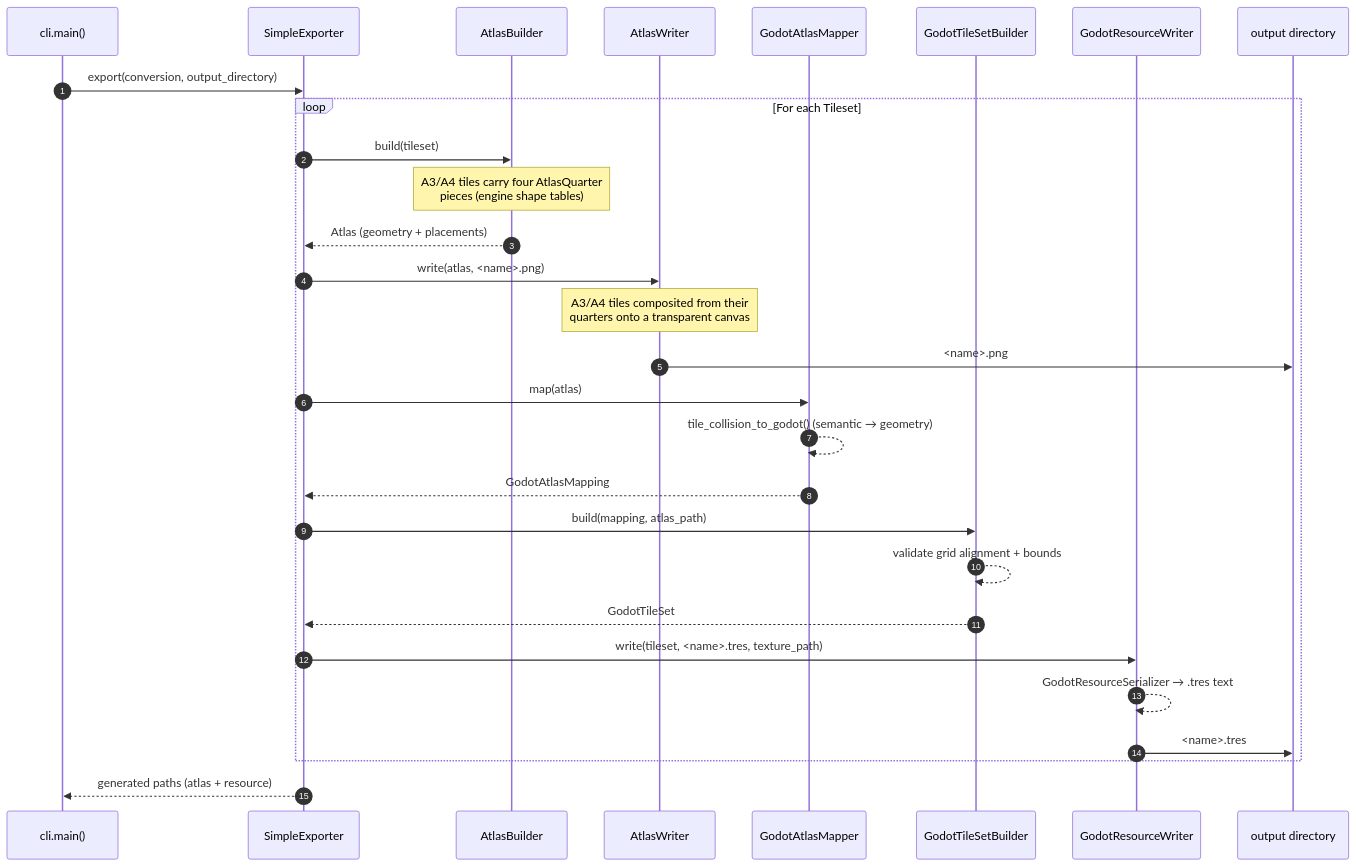
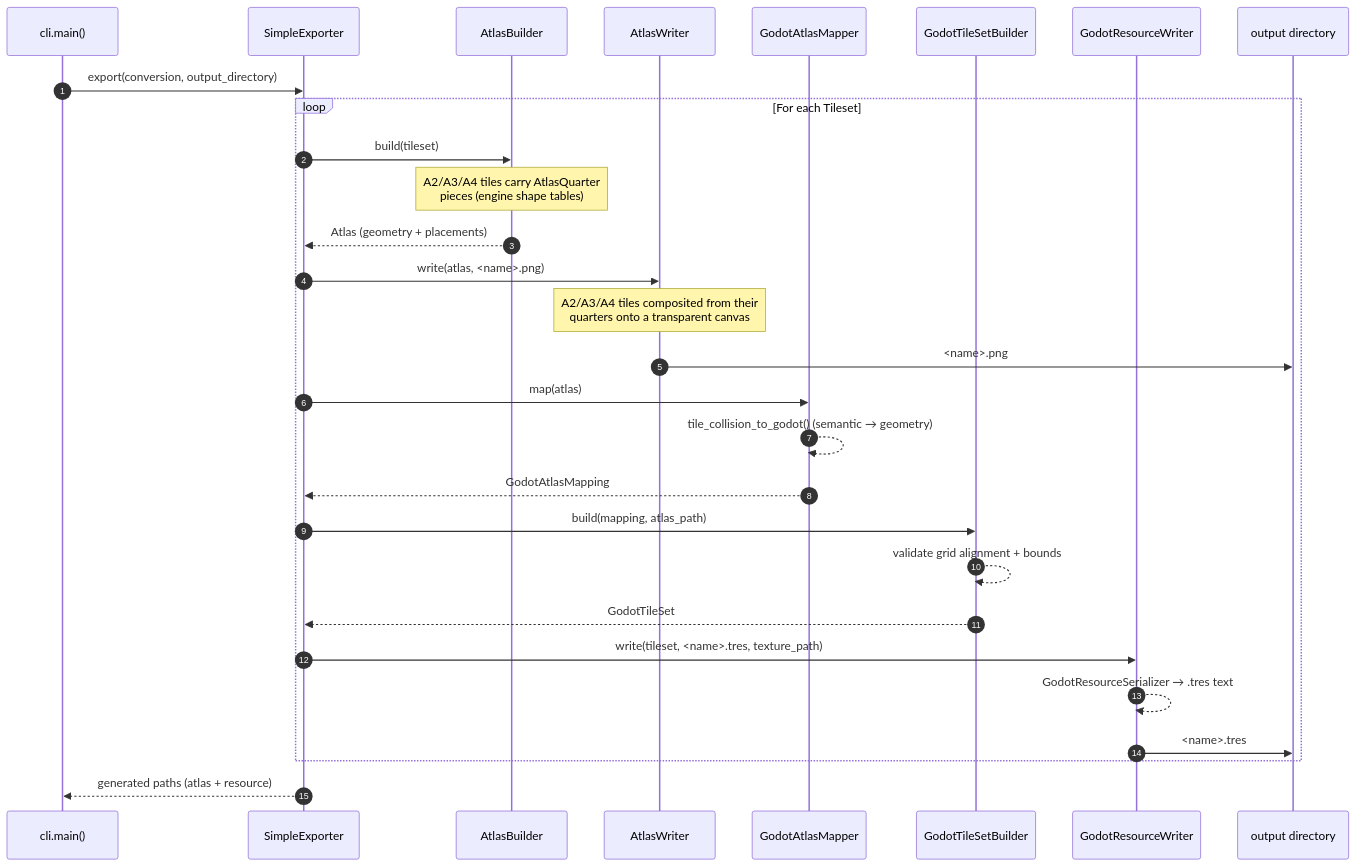
The fourth of 4 diagrams in README.md (ultra-sonic-28/rpgmaker2godot), drawn with Mermaid before and after one commit. The commit also changed other lines of this file and 19 other files, not shown here.

````diff
--- a/README.md
+++ b/README.md
@@ -531,32 +570,32 @@
 ```mermaid
 sequenceDiagram
     autonumber
     participant CLI as cli.main()
     participant E as SimpleExporter
     participant AB as AtlasBuilder
     participant AW as AtlasWriter
     participant GM as GodotAtlasMapper
     participant TB as GodotTileSetBuilder
     participant RW as GodotResourceWriter
     participant FS as output directory
 
     CLI->>E: export(conversion, output_directory)
     loop For each Tileset
         E->>AB: build(tileset)
-        Note over AB: A3/A4 tiles carry four AtlasQuarter<br/>pieces (engine shape tables)
+        Note over AB: A2/A3/A4 tiles carry AtlasQuarter<br/>pieces (engine shape tables)
         AB-->>E: Atlas (geometry + placements)
         E->>AW: write(atlas, <name>.png)
-        Note over AW: A3/A4 tiles composited from their<br/>quarters onto a transparent canvas
+        Note over AW: A2/A3/A4 tiles composited from their<br/>quarters onto a transparent canvas
         AW->>FS: <name>.png
         E->>GM: map(atlas)
         GM-->>GM: tile_collision_to_godot() (semantic → geometry)
         GM-->>E: GodotAtlasMapping
         E->>TB: build(mapping, atlas_path)
         TB-->>TB: validate grid alignment + bounds
         TB-->>E: GodotTileSet
         E->>RW: write(tileset, <name>.tres, texture_path)
         RW-->>RW: GodotResourceSerializer → .tres text
         RW->>FS: <name>.tres
     end
     E-->>CLI: generated paths (atlas + resource)
 ```
````
